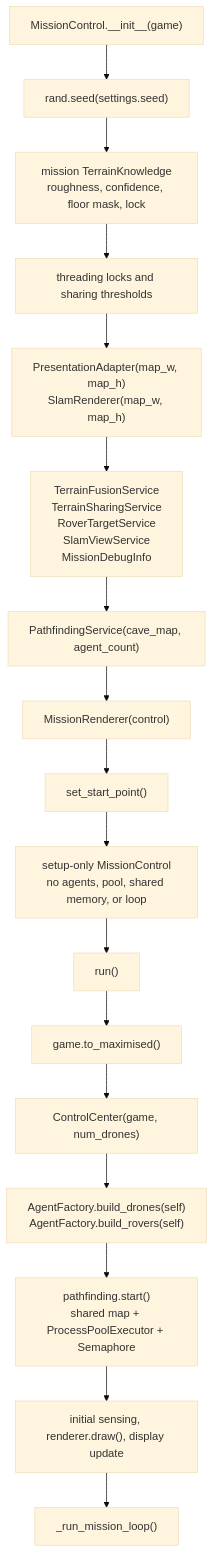
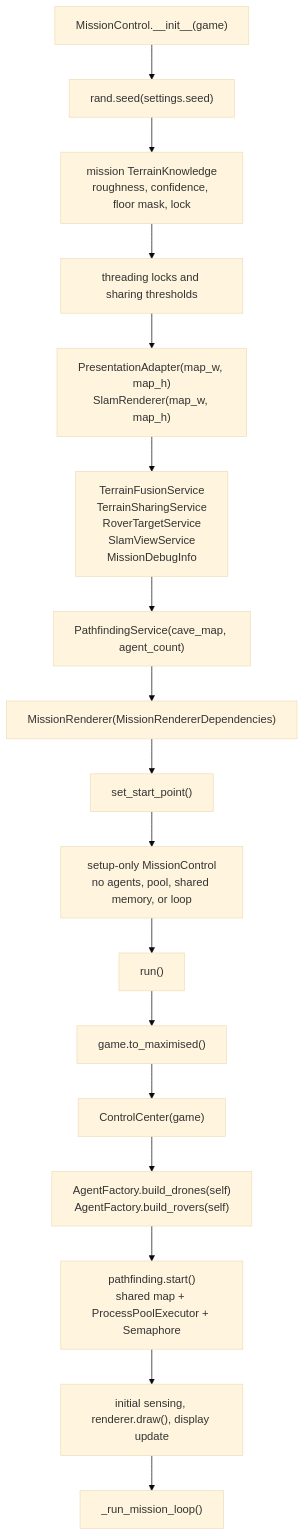
One commit to Gmark117/Cave_Game changed the fifth of 14 diagrams in CODEFLOW.md. Above: the diagram before and after it, drawn with Mermaid (base theme). The commit also changed other lines of this file and 82 other files, not shown here.

First line of the commit message:
Add control center view model, tests, and related functionality

````diff
--- a/CODEFLOW.md
+++ b/CODEFLOW.md
@@ -240,24 +270,24 @@
 ```mermaid
 flowchart TD
     Init["MissionControl.__init__(game)"]
     Seed["rand.seed(settings.seed)"]
     TerrainState["mission TerrainKnowledge<br/>roughness, confidence, floor mask, lock"]
     Locks["threading locks and sharing thresholds"]
     Presentation["PresentationAdapter(map_w, map_h)<br/>SlamRenderer(map_w, map_h)"]
     Services["TerrainFusionService<br/>TerrainSharingService<br/>RoverTargetService<br/>SlamViewService<br/>MissionDebugInfo"]
     Navigation["PathfindingService(cave_map, agent_count)"]
-    Renderer["MissionRenderer(control)"]
+    Renderer["MissionRenderer(MissionRendererDependencies)"]
     StartPoint["set_start_point()"]
     Ready["setup-only MissionControl<br/>no agents, pool, shared memory, or loop"]
     Run["run()"]
     Window["game.to_maximised()"]
-    CC["ControlCenter(game, num_drones)"]
+    CC["ControlCenter(game)"]
     Agents["AgentFactory.build_drones(self)<br/>AgentFactory.build_rovers(self)"]
     PathStart["pathfinding.start()<br/>shared map + ProcessPoolExecutor + Semaphore"]
     Draw0["initial sensing, renderer.draw(), display update"]
     Loop["_run_mission_loop()"]
 
     Init --> Seed --> TerrainState --> Locks --> Presentation
     Presentation --> Services --> Navigation --> Renderer --> StartPoint --> Ready --> Run
     Run --> Window --> CC --> Agents --> PathStart --> Draw0 --> Loop
 ```
````
